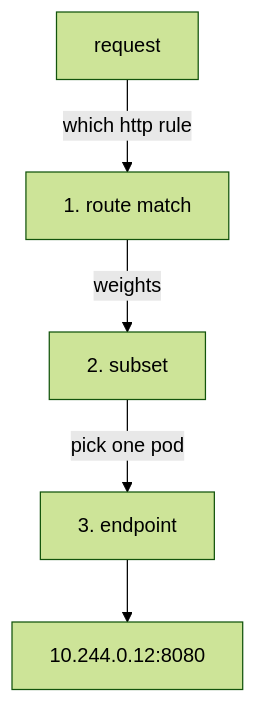
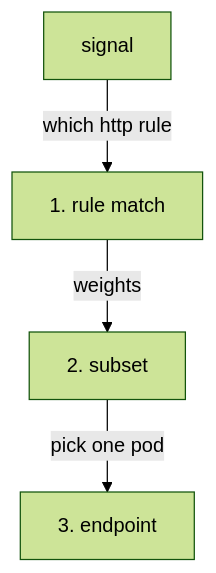
Before and after one commit to astrona-io/ATS014: the diagram in sections/section-030/module-01/course-01-endpoint-selection-and-simple-algorithms.md, drawn with Mermaid (forest theme). The commit also changed other lines of this file and 813 other files, not shown here.

````diff
--- a/sections/section-030/module-01/course-01-endpoint-selection-and-simple-algorithms.md
+++ b/sections/section-030/module-01/course-01-endpoint-selection-and-simple-algorithms.md
@@ -9,7 +11,6 @@
 ```mermaid
 flowchart TB
-    R["request"] -->|"which http rule"| S1["1. route match"]
+    R["signal"] -->|"which http rule"| S1["1. rule match"]
     S1 -->|"weights"| S2["2. subset"]
     S2 -->|"pick one pod"| S3["3. endpoint"]
-    S3 --> O["10.244.0.12:8080"]
 ```
````
